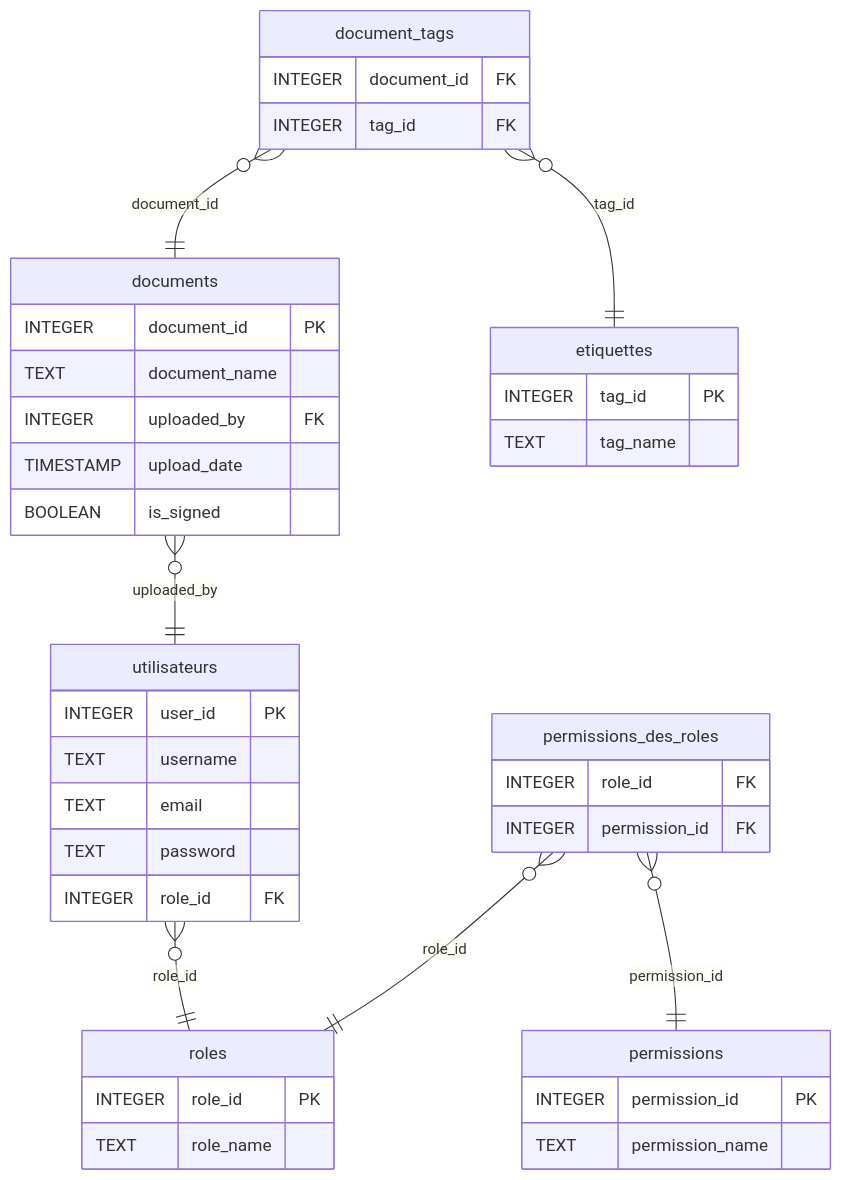
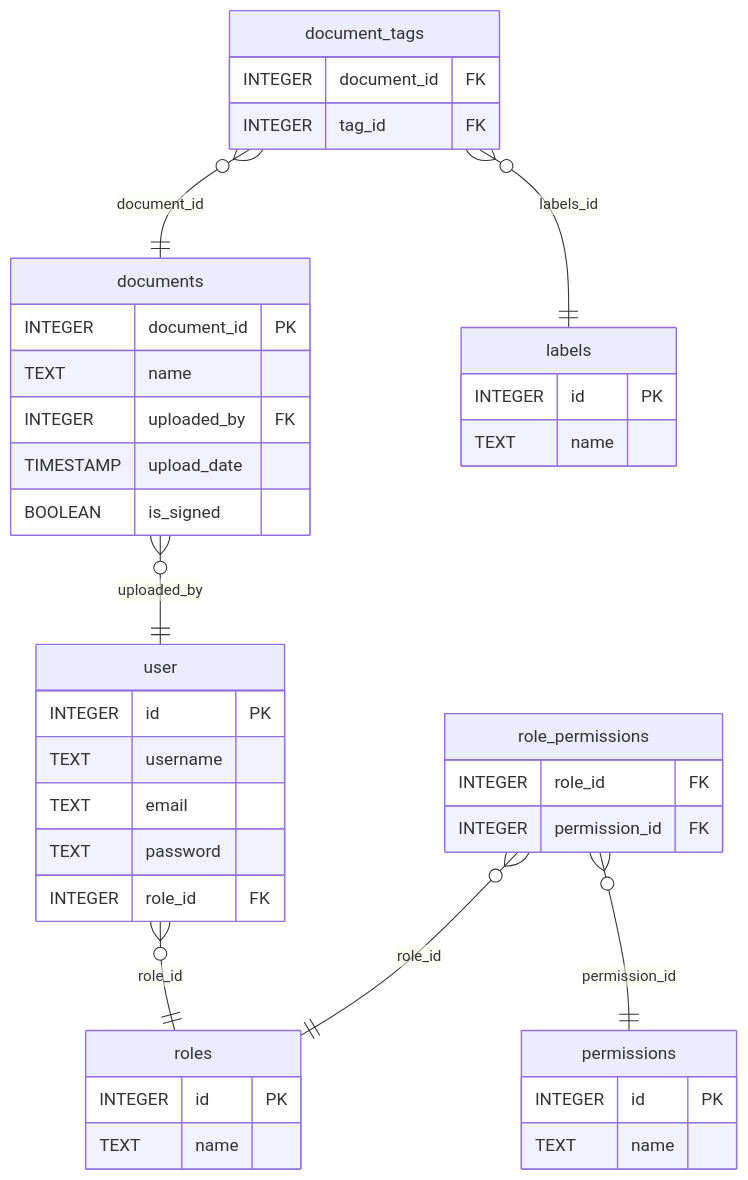
The diagram in MLD.md (bruna-Moreira06/poc_search_engine), drawn with Mermaid before and after one commit. The commit also changed other lines of this file, not shown here.

Commit message:
mise a jour du mld

````diff
--- a/MLD.md
+++ b/MLD.md
@@ -1,45 +1,45 @@
 ```mermaid
 erDiagram
-    utilisateurs {
-        INTEGER user_id PK
+    user {
+        INTEGER id PK
         TEXT username
         TEXT email
         TEXT password
         INTEGER role_id FK
     }
     roles {
-        INTEGER role_id PK
-        TEXT role_name
+        INTEGER id PK
+        TEXT name
     }
     permissions {
-        INTEGER permission_id PK
-        TEXT permission_name
+        INTEGER id PK
+        TEXT name
     }
-    permissions_des_roles {
+    role_permissions {
         INTEGER role_id FK
         INTEGER permission_id FK
     }
     documents {
         INTEGER document_id PK
-        TEXT document_name
+        TEXT name
         INTEGER uploaded_by FK
         TIMESTAMP upload_date
         BOOLEAN is_signed
     }
-    etiquettes {
-        INTEGER tag_id PK
-        TEXT tag_name
+    labels {
+        INTEGER id PK
+        TEXT name
     }
     document_tags {
         INTEGER document_id FK
         INTEGER tag_id FK
     }
     
-    utilisateurs }o--|| roles : "role_id"
-    permissions_des_roles }o--|| roles : "role_id"
-    permissions_des_roles }o--|| permissions : "permission_id"
-    documents }o--|| utilisateurs : "uploaded_by"
+    user }o--|| roles : "role_id"
+    role_permissions }o--|| roles : "role_id"
+    role_permissions }o--|| permissions : "permission_id"
+    documents }o--|| user : "uploaded_by"
     document_tags }o--|| documents : "document_id"
-    document_tags }o--|| etiquettes : "tag_id"
+    document_tags }o--|| labels : "labels_id"
 
 ```
````
